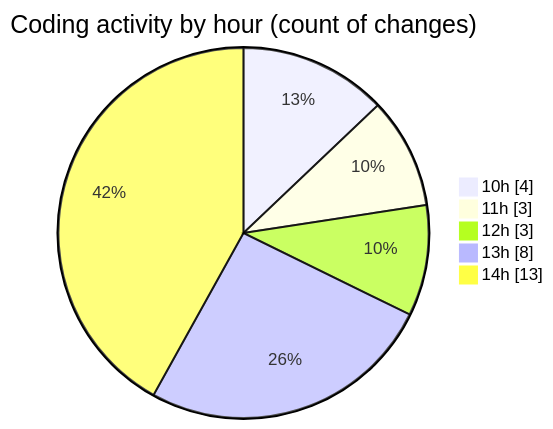
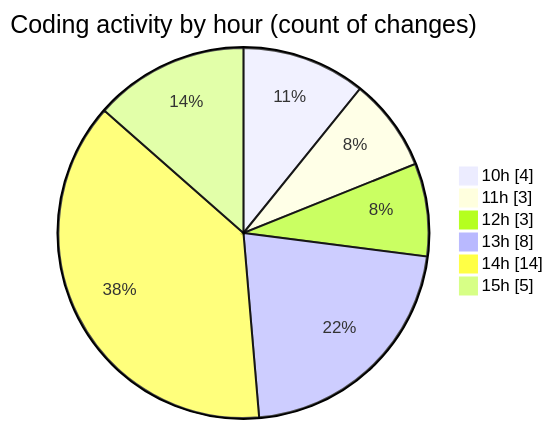
The second of 2 diagrams in 2025-11-28/cda/README.md (momahboobian/code-tracking), drawn with Mermaid before and after one commit. The commit also changed other lines of this file and 1 other file, not shown here.

````diff
--- a/2025-11-28/cda/README.md
+++ b/2025-11-28/cda/README.md
@@ -46,9 +46,10 @@
 ```mermaid
 pie showData
 title Coding activity by hour (count of changes)
 "10h" : 4
 "11h" : 3
 "12h" : 3
 "13h" : 8
-"14h" : 13
+"14h" : 14
+"15h" : 5
 ```
````
